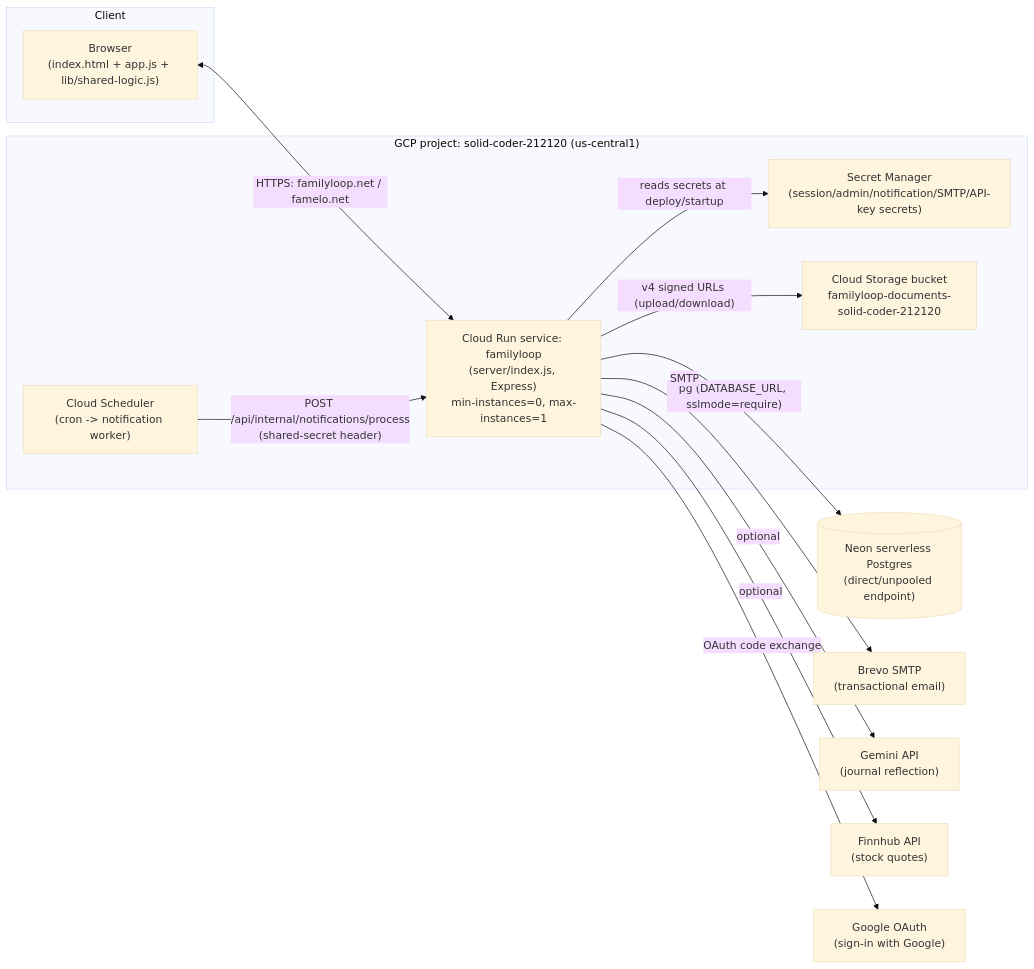
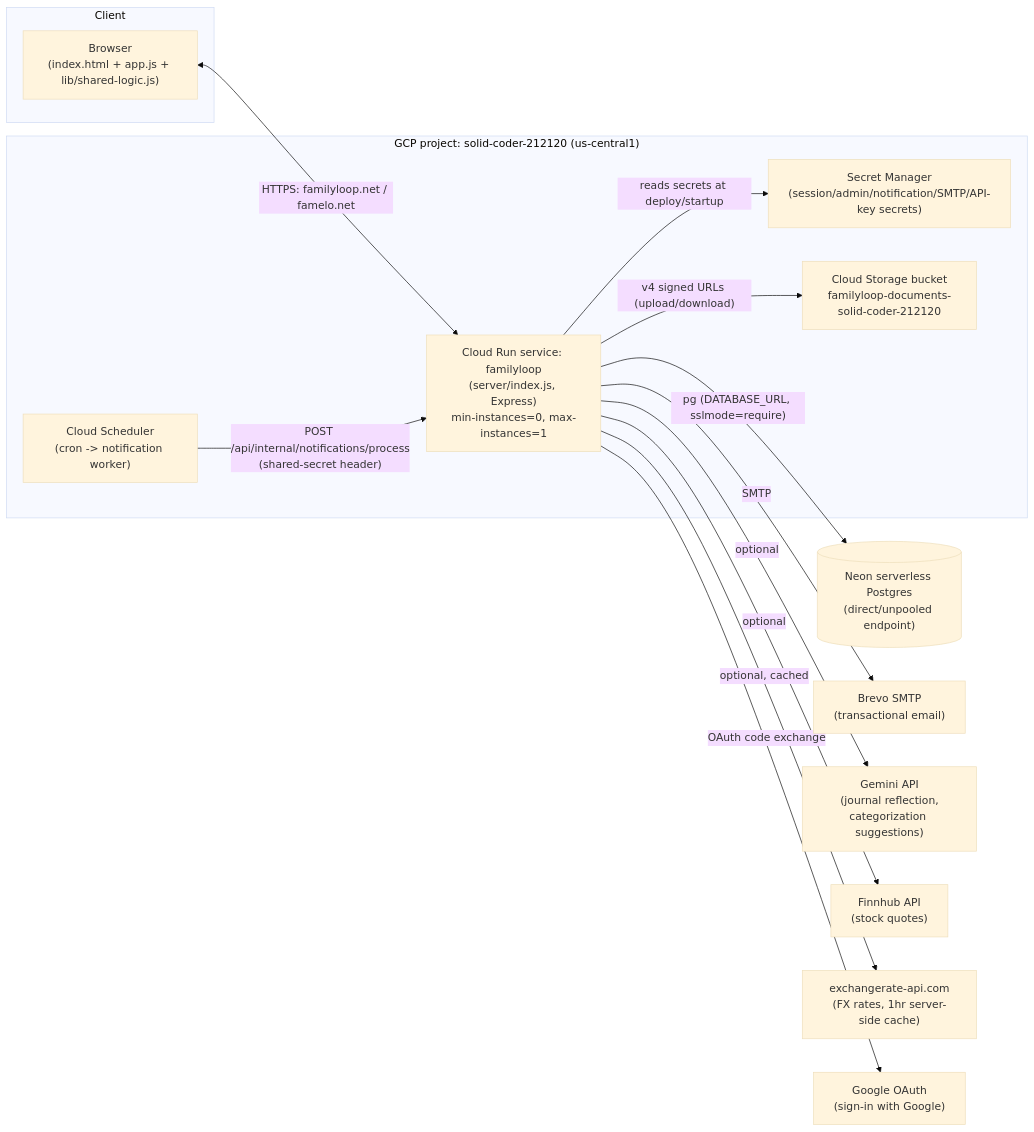
One commit to prithvirajv/household-hub-management-app changed the diagram in docs/ARCHITECTURE.md. Above: the diagram before and after it, drawn with Mermaid (base theme). The commit also changed other lines of this file and 4 other files, not shown here.

First line of the commit message:
Rebuild Meals per the design-handoff README; sync architecture docs

````diff
--- a/docs/ARCHITECTURE.md
+++ b/docs/ARCHITECTURE.md
@@ -15,29 +15,31 @@
 ```mermaid
 flowchart LR
     subgraph Client
         Browser["Browser\n(index.html + app.js + lib/shared-logic.js)"]
     end
 
     subgraph GCP["GCP project: solid-coder-212120 (us-central1)"]
         CloudRun["Cloud Run service: familyloop\n(server/index.js, Express)\nmin-instances=0, max-instances=1"]
         SecretManager["Secret Manager\n(session/admin/notification/SMTP/API-key secrets)"]
         GCS["Cloud Storage bucket\nfamilyloop-documents-solid-coder-212120"]
         Scheduler["Cloud Scheduler\n(cron -> notification worker)"]
     end
 
     Neon[("Neon serverless Postgres\n(direct/unpooled endpoint)")]
     SMTP["Brevo SMTP\n(transactional email)"]
-    Gemini["Gemini API\n(journal reflection)"]
+    Gemini["Gemini API\n(journal reflection,\ncategorization suggestions)"]
     Finnhub["Finnhub API\n(stock quotes)"]
+    ExchangeRate["exchangerate-api.com\n(FX rates, 1hr server-side cache)"]
     Google["Google OAuth\n(sign-in with Google)"]
 
     Browser <-- "HTTPS: familyloop.net / famelo.net" --> CloudRun
     CloudRun -- "reads secrets at deploy/startup" --> SecretManager
     CloudRun -- "pg (DATABASE_URL, sslmode=require)" --> Neon
     CloudRun -- "v4 signed URLs (upload/download)" --> GCS
     CloudRun -- "SMTP" --> SMTP
     CloudRun -- "optional" --> Gemini
     CloudRun -- "optional" --> Finnhub
+    CloudRun -- "optional, cached" --> ExchangeRate
     CloudRun -- "OAuth code exchange" --> Google
     Scheduler -- "POST /api/internal/notifications/process\n(shared-secret header)" --> CloudRun
 ```
````
